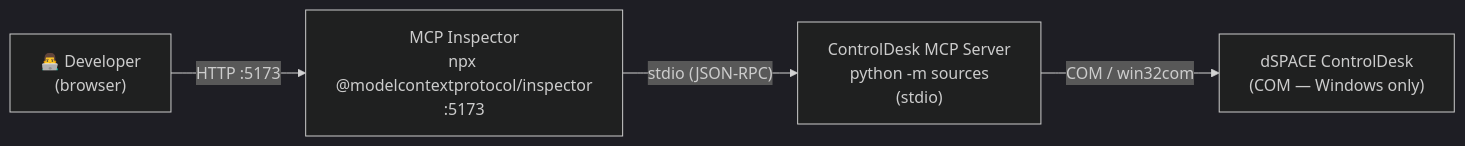
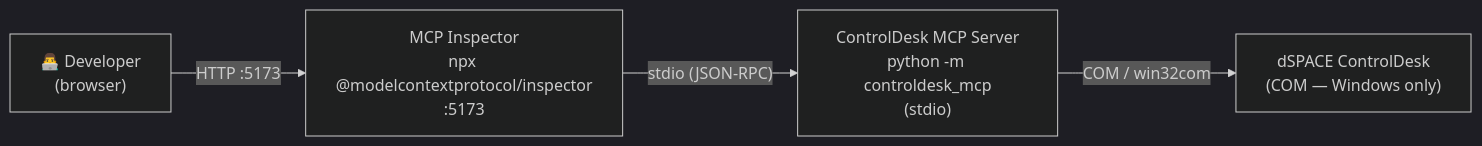
Before and after one commit to dspace-group/ControlDeskMCP: the first of 4 diagrams in docs/mcp-inspector.md, drawn with Mermaid (dark theme). The commit also changed other lines of this file and 317 other files, not shown here.

````diff
--- a/docs/mcp-inspector.md
+++ b/docs/mcp-inspector.md
@@ -27,11 +27,11 @@
 ```mermaid
 graph LR
     Dev["👨‍💻 Developer\n(browser)"]
     Inspector["MCP Inspector\nnpx @modelcontextprotocol/inspector\n:5173"]
-    Server["ControlDesk MCP Server\npython -m sources\n(stdio)"]
+    Server["ControlDesk MCP Server\npython -m controldesk_mcp\n(stdio)"]
     CD["dSPACE ControlDesk\n(COM — Windows only)"]
 
     Dev -- "HTTP :5173" --> Inspector
     Inspector -- "stdio (JSON-RPC)" --> Server
     Server -- "COM / win32com" --> CD
 ```
````
